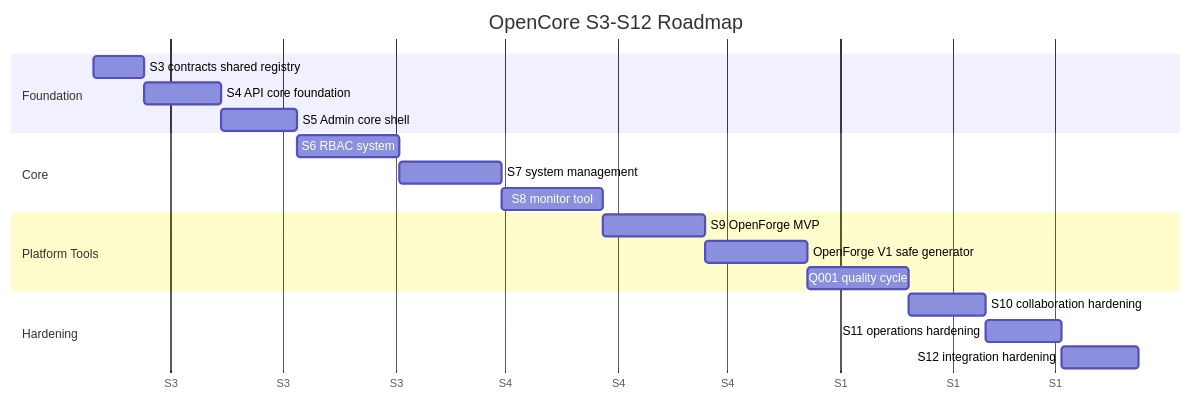
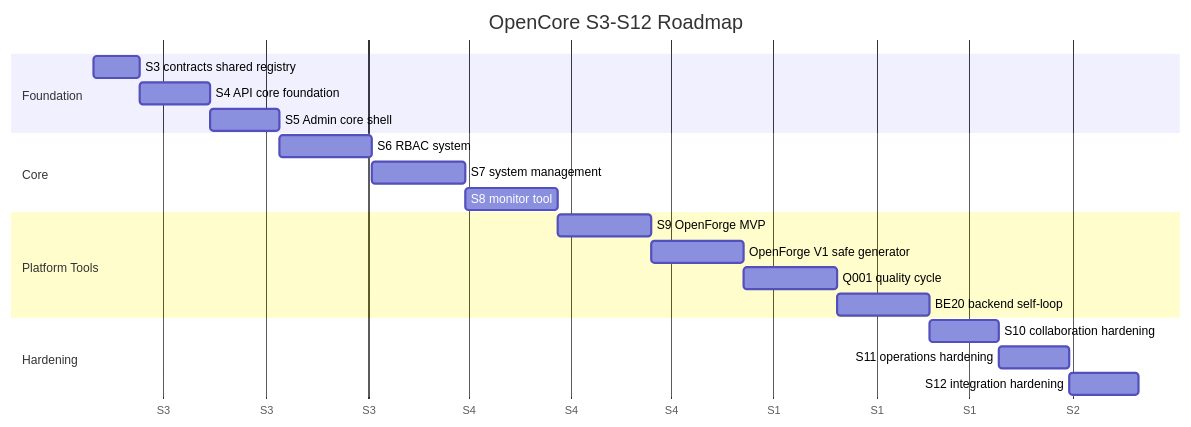
Before and after one commit to Gan-Xing/OpenCore: the first of 3 diagrams in docs/strategy/staged-roadmap.md, drawn with Mermaid. The commit also changed other lines of this file and 23 other files, not shown here.

First line of the commit message:
docs(docs): reconcile backend self-loop documentation / 对齐后端自循环文档状态

````diff
--- a/docs/strategy/staged-roadmap.md
+++ b/docs/strategy/staged-roadmap.md
@@ -11,22 +11,23 @@
 ```mermaid
 gantt
   title OpenCore S3-S12 Roadmap
   dateFormat  YYYY-MM-DD
   axisFormat  S%q
   section Foundation
   S3 contracts shared registry :s3, 2026-06-10, 14d
   S4 API core foundation :s4, after s3, 21d
   S5 Admin core shell :s5, after s4, 21d
   section Core
   S6 RBAC system :s6, after s5, 28d
   S7 system management :s7, after s6, 28d
   S8 monitor tool :s8, after s7, 28d
   section Platform Tools
   S9 OpenForge MVP :s9, after s8, 28d
   OpenForge V1 safe generator :v1, after s9, 28d
   Q001 quality cycle :q001, after v1, 28d
+  BE20 backend self-loop :be20, after q001, 28d
   section Hardening
-  S10 collaboration hardening :s10, after q001, 21d
+  S10 collaboration hardening :s10, after be20, 21d
   S11 operations hardening :s11, after s10, 21d
   S12 integration hardening :s12, after s11, 21d
 ```
````
